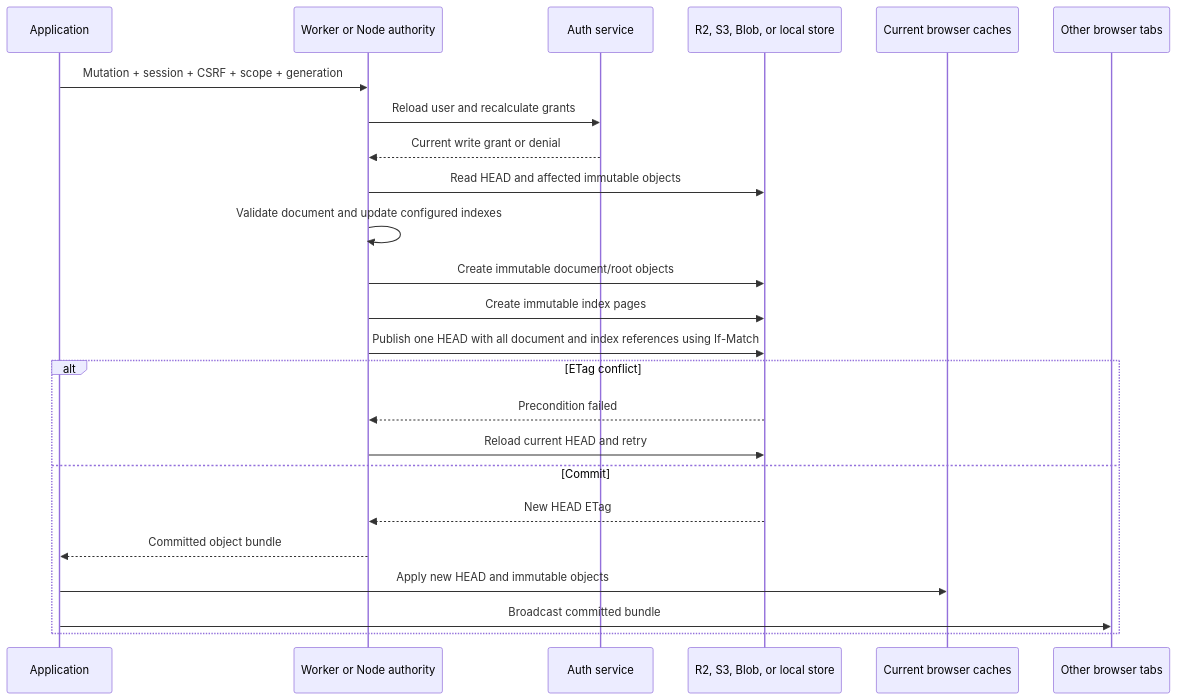
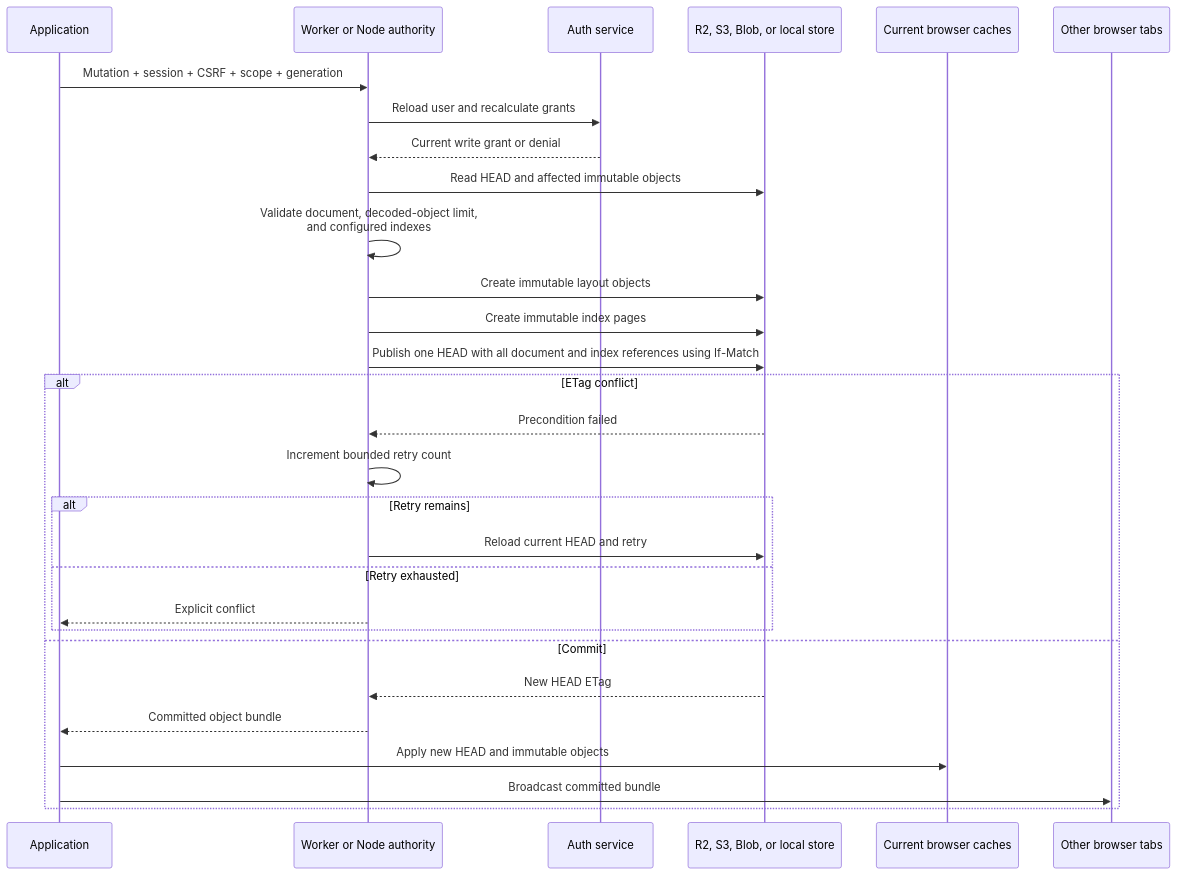
Before and after one commit to Jason-Doyle/thimble: the seventh of 16 diagrams in docs/DIAGRAMS.md, drawn with Mermaid. The commit also changed other lines of this file and 10 other files, not shown here.

First line of the commit message:
Correct system diagrams

````diff
--- a/docs/DIAGRAMS.md
+++ b/docs/DIAGRAMS.md
@@ -255,28 +274,33 @@
 ```mermaid
 sequenceDiagram
   participant App as Application
   participant Authority as Worker or Node authority
   participant Auth as Auth service
   participant Store as R2, S3, Blob, or local store
   participant Cache as Current browser caches
   participant Tabs as Other browser tabs
 
   App->>Authority: Mutation + session + CSRF + scope + generation
   Authority->>Auth: Reload user and recalculate grants
   Auth-->>Authority: Current write grant or denial
   Authority->>Store: Read HEAD and affected immutable objects
-  Authority->>Authority: Validate document and update configured indexes
-  Authority->>Store: Create immutable document/root objects
+  Authority->>Authority: Validate document, decoded-object limit,<br/>and configured indexes
+  Authority->>Store: Create immutable layout objects
   Authority->>Store: Create immutable index pages
   Authority->>Store: Publish one HEAD with all document and index references using If-Match
 
   alt ETag conflict
     Store-->>Authority: Precondition failed
-    Authority->>Store: Reload current HEAD and retry
+    Authority->>Authority: Increment bounded retry count
+    alt Retry remains
+      Authority->>Store: Reload current HEAD and retry
+    else Retry exhausted
+      Authority-->>App: Explicit conflict
+    end
   else Commit
     Store-->>Authority: New HEAD ETag
     Authority-->>App: Committed object bundle
     App->>Cache: Apply new HEAD and immutable objects
     App->>Tabs: Broadcast committed bundle
   end
 ```
````
